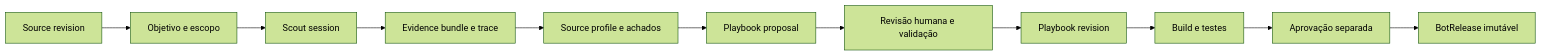
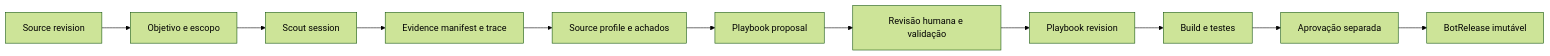
Before and after one commit to FabioCaffarello/data-mozaic: the first of 3 diagrams in docs/architecture/authoring.md, drawn with Mermaid (forest theme). The commit also changed other lines of this file and 74 other files, not shown here.

````diff
--- a/docs/architecture/authoring.md
+++ b/docs/architecture/authoring.md
@@ -5,13 +5,13 @@
 ```mermaid
 flowchart LR
  S[Source revision] --> O[Objetivo e escopo]
  O --> X[Scout session]
- X --> E[Evidence bundle e trace]
+ X --> E[Evidence manifest e trace]
  E --> P[Source profile e achados]
  P --> D[Playbook proposal]
  D --> V[Revisão humana e validação]
  V --> R[Playbook revision]
  R --> B[Build e testes]
  B --> A[Aprovação separada]
  A --> L[BotRelease imutável]
 ```
````
